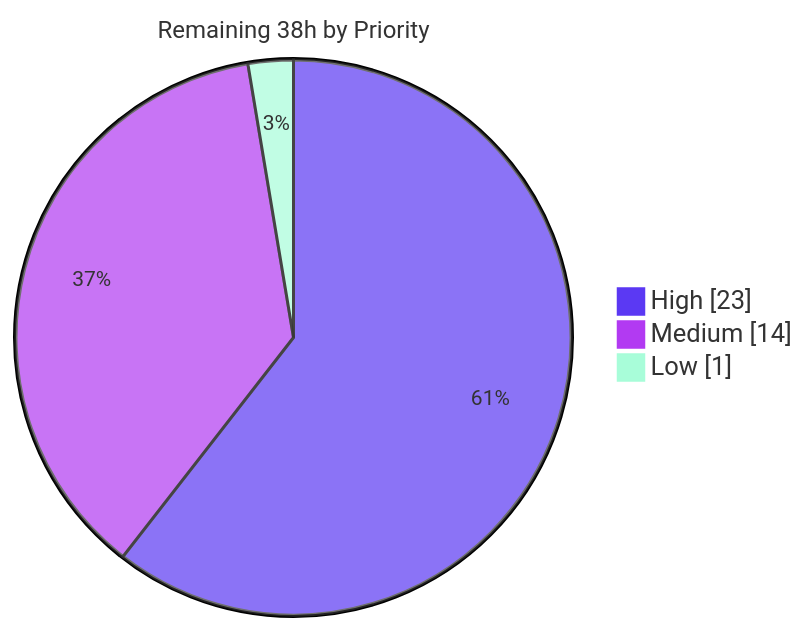
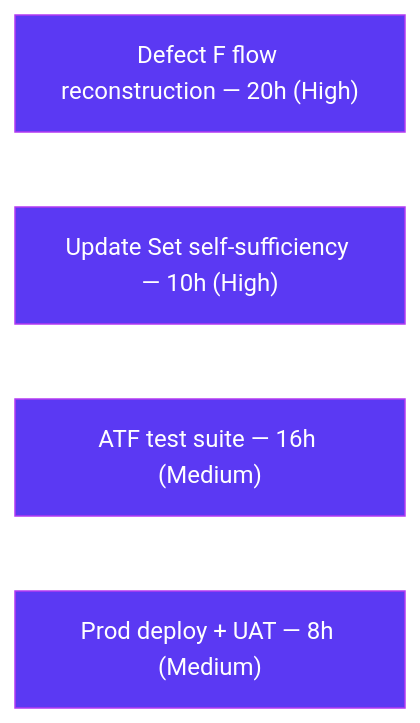
One commit to Blitzy-Sandbox/blitzy-ArkCase changed the third of 3 diagrams in blitzy/documentation/Project Guide.md. Above: the diagram before and after it, drawn with Mermaid. The commit also changed other lines of this file, not shown here.

Commit message:
Adding Blitzy Project Guide: Project Status and Human Tasks Remaining

````diff
--- a/blitzy/documentation/Project Guide.md
+++ b/blitzy/documentation/Project Guide.md
@@ -229,7 +229,8 @@
 ```mermaid
-%%{init: {'theme':'base', 'themeVariables': {'pie1':'#5B39F3','pie2':'#B23AF2','pie3':'#A8FDD9','pieStrokeColor':'#333','pieTitleTextSize':'16px','pieSectionTextSize':'14px'}}}%%
-pie showData title Remaining 38h by Priority
-    "High" : 23
-    "Medium" : 14
-    "Low" : 1
+%%{init: {'theme':'base', 'themeVariables': {'primaryColor':'#5B39F3','primaryTextColor':'#FFFFFF','primaryBorderColor':'#B23AF2','lineColor':'#B23AF2'}}}%%
+graph LR
+    A["Defect F flow reconstruction — 20h (High)"]
+    B["Update Set self-sufficiency — 10h (High)"]
+    C["ATF test suite — 16h (Medium)"]
+    D["Prod deploy + UAT — 8h (Medium)"]
 ```
````
